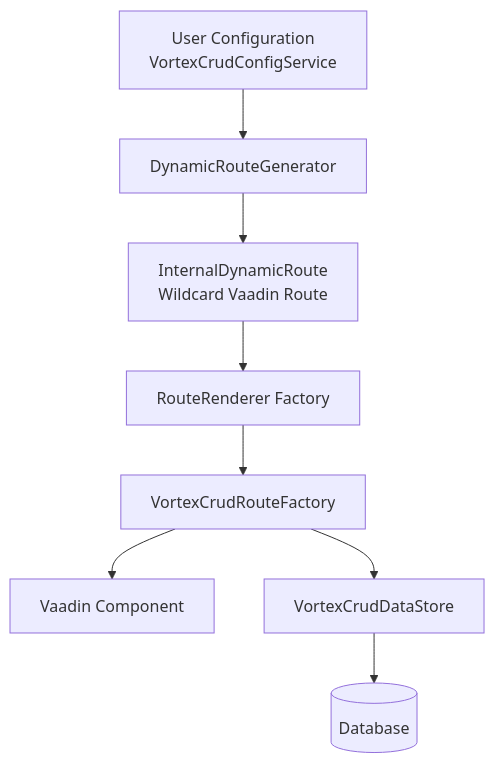
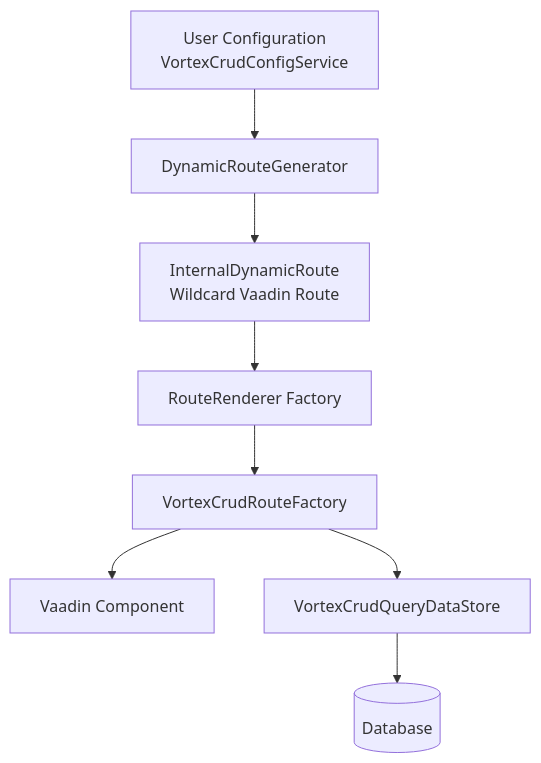
One commit to appreciated/vortex-crud changed the diagram in CLAUDE.md. Above: the diagram before and after it, drawn with Mermaid. The commit also changed other lines of this file and 122 other files, not shown here.

First line of the commit message:
Refactor VortexCrudDataStore to separate basic CRUD from complex querying.

````diff
--- a/CLAUDE.md
+++ b/CLAUDE.md
@@ -114,10 +114,10 @@
 ```mermaid
 graph TD
     A[User Configuration<br/>VortexCrudConfigService] --> B[DynamicRouteGenerator]
     B --> C[InternalDynamicRoute<br/>Wildcard Vaadin Route]
     C --> D[RouteRenderer Factory]
     D --> E[VortexCrudRouteFactory]
     E --> F[Vaadin Component]
-    E --> G[VortexCrudDataStore]
+    E --> G[VortexCrudQueryDataStore]
     G --> H[(Database)]
 ```
````
